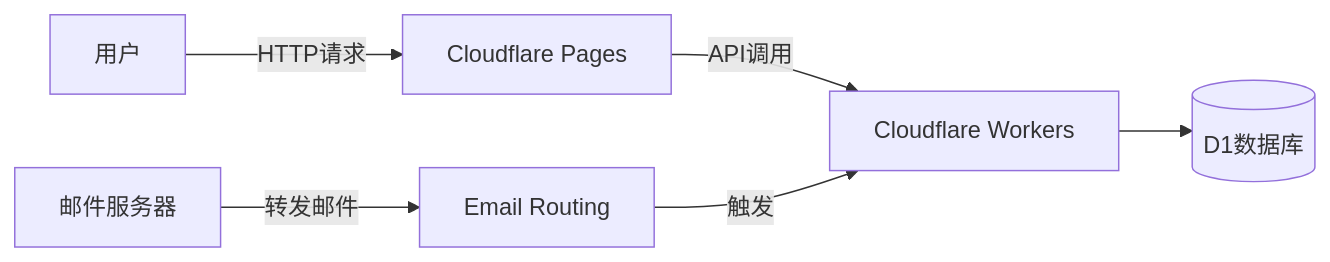
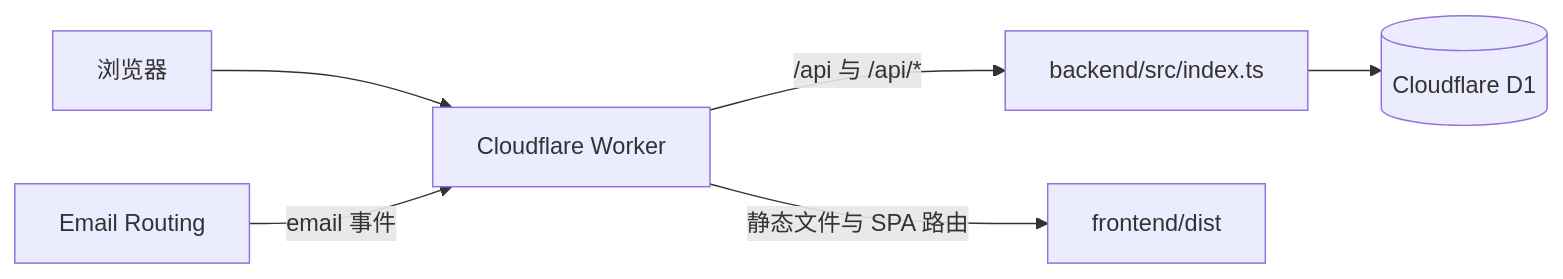
Before and after one commit to isnl/real_temp_mail: the diagram in README.md, drawn with Mermaid. The commit also changed other lines of this file and 220 other files, not shown here.

````diff
--- a/README.md
+++ b/README.md
@@ -65,8 +7,8 @@
 ```mermaid
-graph LR
- 用户 -->|HTTP请求| CF_Pages[Cloudflare Pages]
- CF_Pages -->|API调用| CF_Workers[Cloudflare Workers]
- CF_Workers --> D1[(D1数据库)]
- SMTP[邮件服务器] -->|转发邮件| Email_Routing[Email Routing]
- Email_Routing -->|触发| CF_Workers
+flowchart LR
+  Browser[浏览器] --> Worker[Cloudflare Worker]
+  Worker -->|/api 与 /api/*| API[backend/src/index.ts]
+  Worker -->|静态文件与 SPA 路由| Assets[frontend/dist]
+  API --> D1[(Cloudflare D1)]
+  Routing[Email Routing] -->|email 事件| Worker
 ```
````
